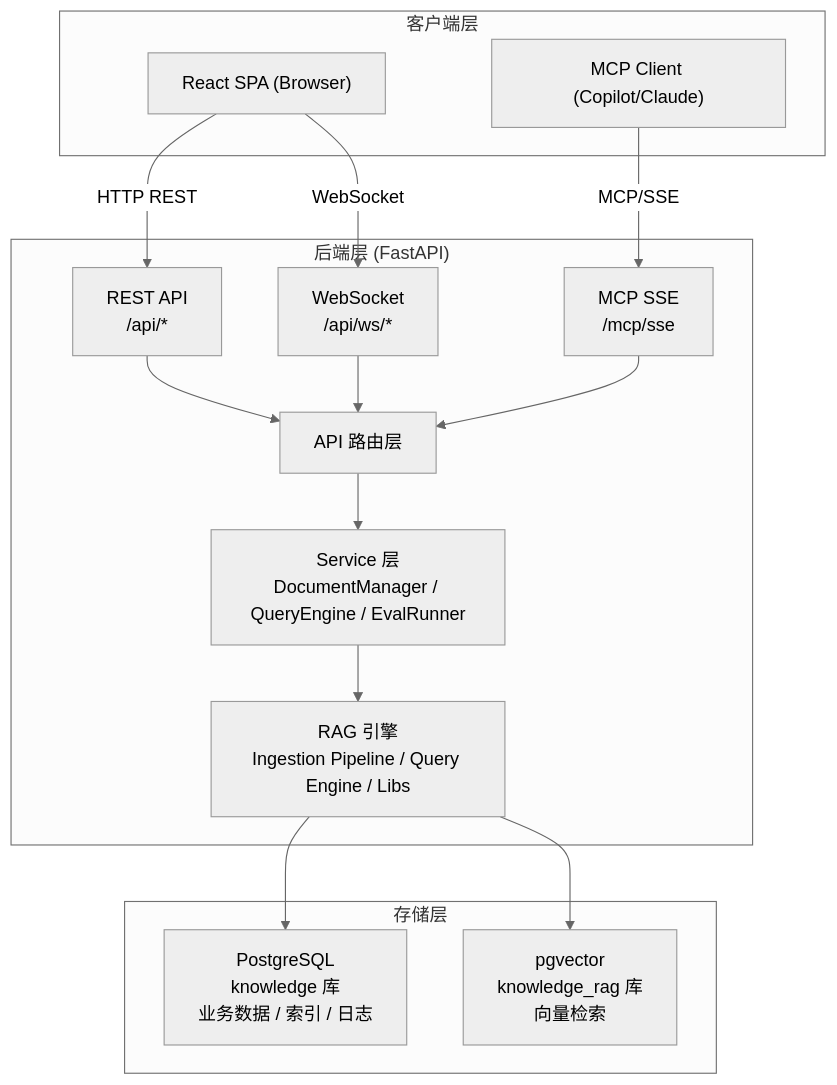
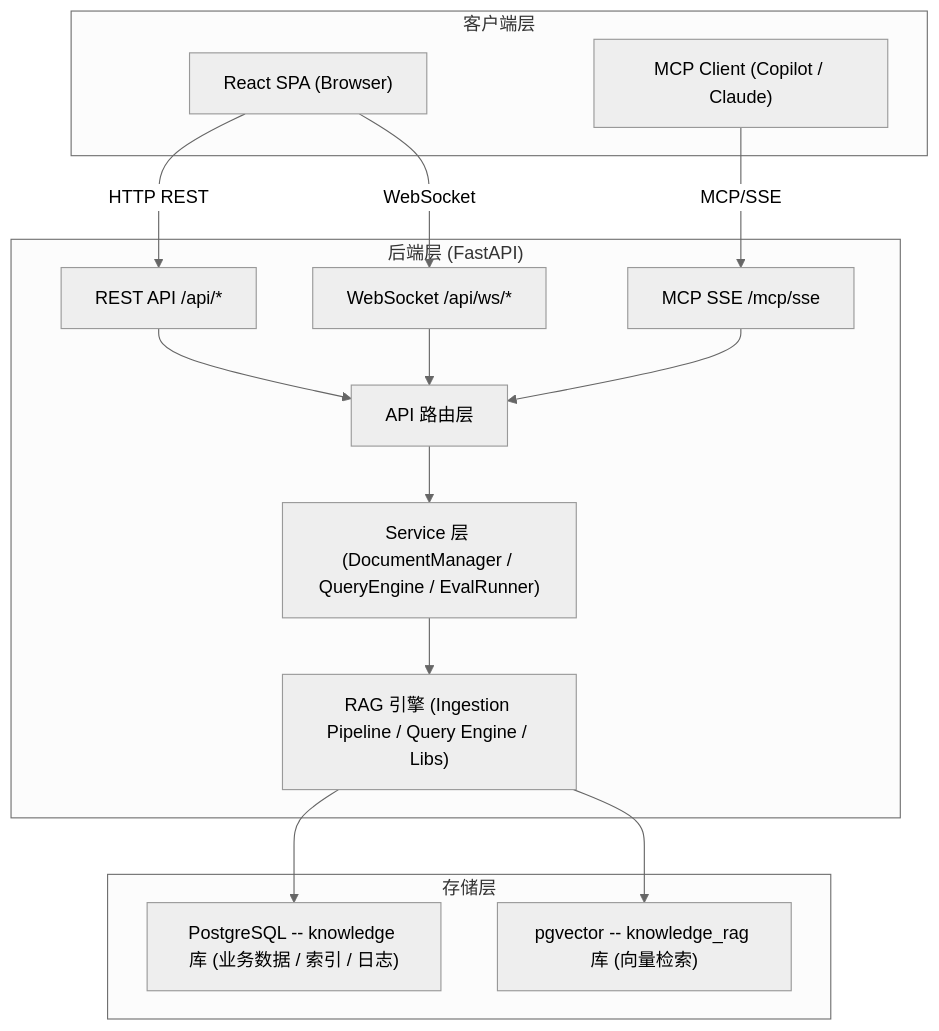
One commit to vic-ai-dev/knowledge-service changed the first of 13 diagrams in DEV_SPEC.md. Above: the diagram before and after it, drawn with Mermaid (neutral theme). The commit also changed other lines of this file and 2 other files, not shown here.

````diff
--- a/DEV_SPEC.md
+++ b/DEV_SPEC.md
@@ -24,32 +24,32 @@
 ```mermaid
-flowchart TB
+graph TB
     subgraph Clients["客户端层"]
         REACT["React SPA (Browser)"]
-        MCPC["MCP Client (Copilot/Claude)"]
+        MCPC["MCP Client (Copilot / Claude)"]
     end
 
-    subgraph BACKEND["后端层 (FastAPI)"]
-        REST["REST API<br/>/api/*"]
-        MCP["MCP SSE<br/>/mcp/sse"]
-        WS["WebSocket<br/>/api/ws/*"]
+    subgraph BE["后端层 (FastAPI)"]
+        REST["REST API /api/*"]
+        MCP_SRV["MCP SSE /mcp/sse"]
+        WS_SRV["WebSocket /api/ws/*"]
         API_Layer["API 路由层"]
-        Service["Service 层<br/>DocumentManager / QueryEngine / EvalRunner"]
-        RAG["RAG 引擎<br/>Ingestion Pipeline / Query Engine / Libs"]
+        Srv["Service 层 (DocumentManager / QueryEngine / EvalRunner)"]
+        RAG["RAG 引擎 (Ingestion Pipeline / Query Engine / Libs)"]
     end
 
-    subgraph STORAGE["存储层"]
-        PG["PostgreSQL<br/>knowledge 库<br/>业务数据 / 索引 / 日志"]
-        PGV["pgvector<br/>knowledge_rag 库<br/>向量检索"]
+    subgraph Storage["存储层"]
+        PG["PostgreSQL -- knowledge 库 (业务数据 / 索引 / 日志)"]
+        PGV["pgvector -- knowledge_rag 库 (向量检索)"]
     end
 
     REACT -->|HTTP REST| REST
-    MCPC -->|MCP/SSE| MCP
-    REACT -->|WebSocket| WS
+    MCPC -->|MCP/SSE| MCP_SRV
+    REACT -->|WebSocket| WS_SRV
     REST --> API_Layer
-    MCP --> API_Layer
-    WS --> API_Layer
-    API_Layer --> Service
-    Service --> RAG
+    MCP_SRV --> API_Layer
+    WS_SRV --> API_Layer
+    API_Layer --> Srv
+    Srv --> RAG
     RAG --> PG
     RAG --> PGV
 ```
````
